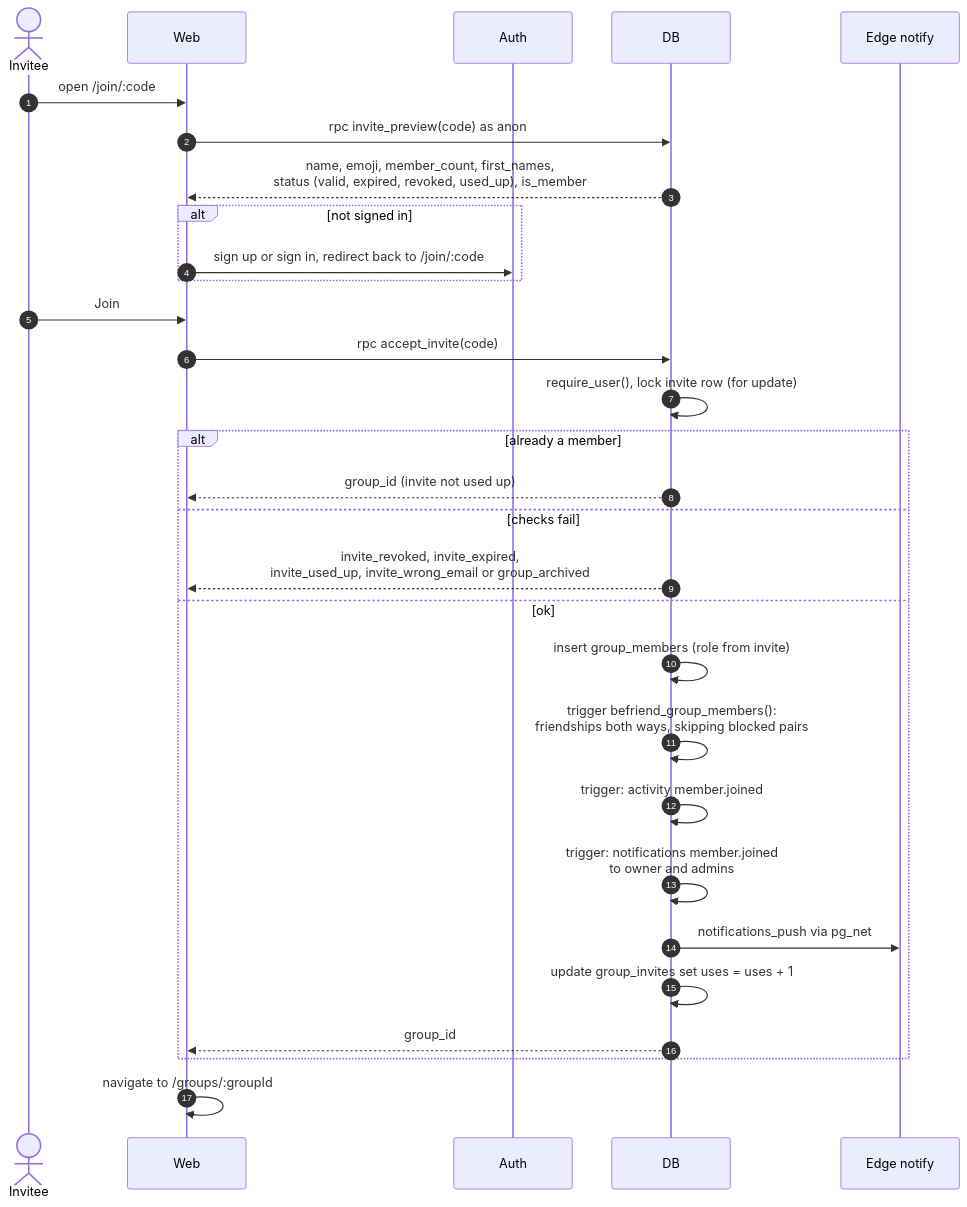
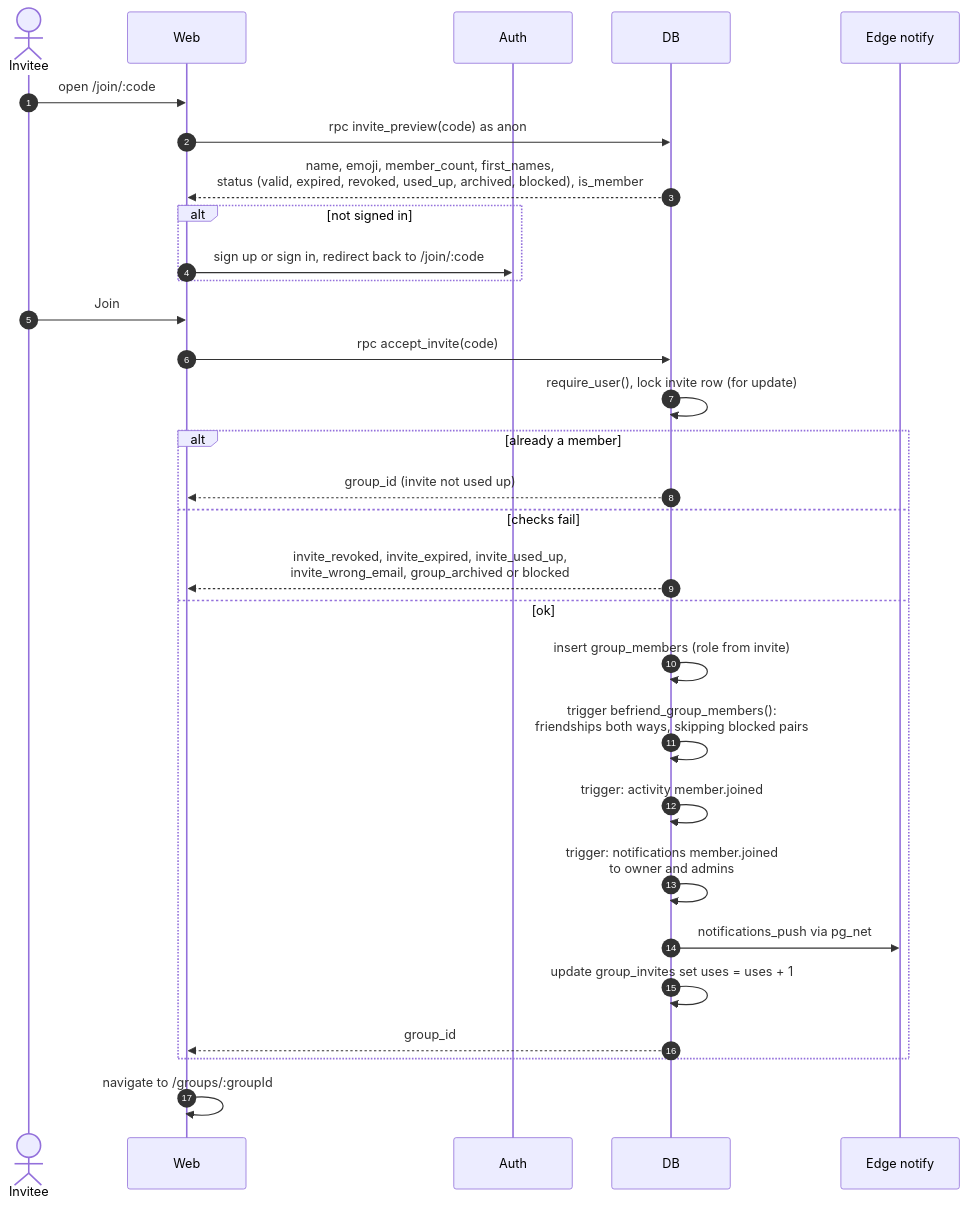
One commit to Fermulate/potluck changed the third of 14 diagrams in docs/sequences.md. Above: the diagram before and after it, drawn with Mermaid. The commit also changed other lines of this file and 1 other file, not shown here.

Commit message:
sequence diagrams follow blocks, locks and fx precision

````diff
--- a/docs/sequences.md
+++ b/docs/sequences.md
@@ -93,33 +93,33 @@
 ```mermaid
 sequenceDiagram
   autonumber
   actor G as Invitee
   participant W as Web
   participant A as Auth
   participant DB as DB
   participant E as Edge notify
 
   G->>W: open /join/:code
   W->>DB: rpc invite_preview(code) as anon
-  DB-->>W: name, emoji, member_count, first_names,<br/>status (valid, expired, revoked, used_up), is_member
+  DB-->>W: name, emoji, member_count, first_names,<br/>status (valid, expired, revoked, used_up, archived, blocked), is_member
   alt not signed in
     W->>A: sign up or sign in, redirect back to /join/:code
   end
   G->>W: Join
   W->>DB: rpc accept_invite(code)
   DB->>DB: require_user(), lock invite row (for update)
   alt already a member
     DB-->>W: group_id (invite not used up)
   else checks fail
-    DB-->>W: invite_revoked, invite_expired,<br/>invite_used_up, invite_wrong_email or group_archived
+    DB-->>W: invite_revoked, invite_expired, invite_used_up,<br/>invite_wrong_email, group_archived or blocked
   else ok
     DB->>DB: insert group_members (role from invite)
     DB->>DB: trigger befriend_group_members():<br/>friendships both ways, skipping blocked pairs
     DB->>DB: trigger: activity member.joined
     DB->>DB: trigger: notifications member.joined<br/>to owner and admins
     DB->>E: notifications_push via pg_net
     DB->>DB: update group_invites set uses = uses + 1
     DB-->>W: group_id
   end
   W->>W: navigate to /groups/:groupId
 ```
````
